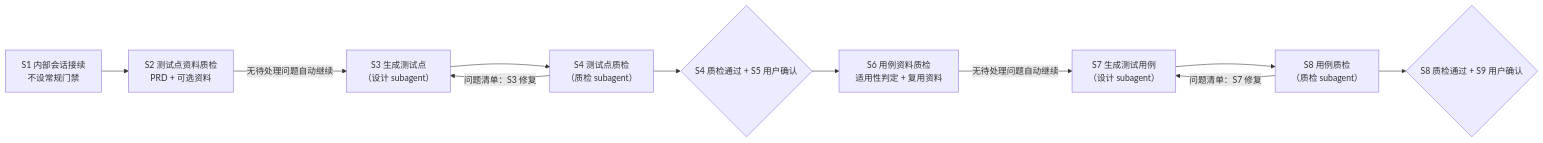
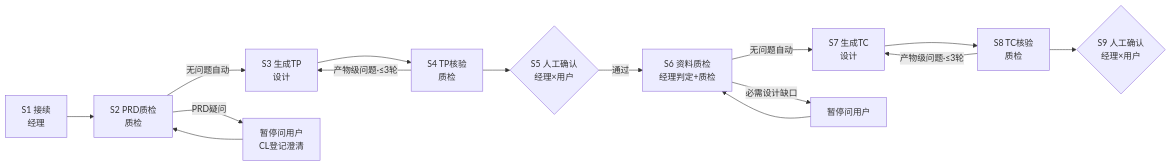
Before and after one commit to cuixujia/test-expert-agent: the diagram in DESIGN.md, drawn with Mermaid. The commit also changed other lines of this file and 19 other files, not shown here.

````diff
--- a/DESIGN.md
+++ b/DESIGN.md
@@ -98,13 +39,15 @@
 ```mermaid
 flowchart LR
-    S1["S1 内部会话接续<br>不设常规门禁"] --> S2["S2 测试点资料质检<br>PRD + 可选资料"]
-    S2 -->|无待处理问题自动继续| S3["S3 生成测试点<br>（设计 subagent）"]
-    S3 --> S4["S4 测试点质检<br>（质检 subagent）"]
-    S4 -->|"问题清单：S3 修复"| S3
-    S4 --> G45{"S4 质检通过 + S5 用户确认"}
-    G45 --> S6["S6 用例资料质检<br>适用性判定 + 复用资料"]
-    S6 -->|无待处理问题自动继续| S7["S7 生成测试用例<br>（设计 subagent）"]
-    S7 --> S8["S8 用例质检<br>（质检 subagent）"]
-    S8 -->|"问题清单：S7 修复"| S7
-    S8 --> G89{"S8 质检通过 + S9 用户确认"}
+    S1["S1 接续<br>经理"] --> S2["S2 PRD质检<br>质检"]
+    S2 -->|无问题自动| S3["S3 生成TP<br>设计"]
+    S3 --> S4["S4 TP核验<br>质检"]
+    S4 -->|产物级问题·≤3轮| S3
+    S4 --> G45{"S5 人工确认<br>经理×用户"}
+    G45 -->|通过| S6["S6 资料质检<br>经理判定+质检"]
+    S6 -->|无问题自动| S7["S7 生成TC<br>设计"]
+    S7 --> S8["S8 TC核验<br>质检"]
+    S8 -->|产物级问题·≤3轮| S7
+    S8 --> G89{"S9 人工确认<br>经理×用户"}
+    S2 -->|PRD疑问| U1["暂停问用户<br>CL登记澄清"] --> S2
+    S6 -->|必需设计缺口| U2["暂停问用户"] --> S6
 ```
````
